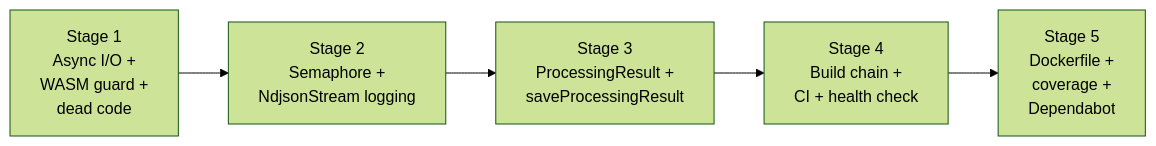
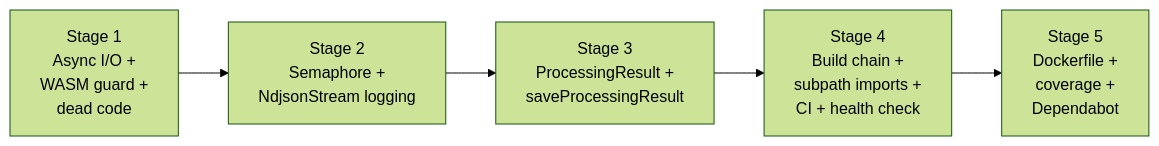
One commit to thiscantbeserious/erika changed the second of 6 diagrams in .state/harden-foundation-a1a2/ADR.md. Above: the diagram before and after it, drawn with Mermaid (forest theme). The commit also changed other lines of this file, not shown here.

````diff
--- a/.state/harden-foundation-a1a2/ADR.md
+++ b/.state/harden-foundation-a1a2/ADR.md
@@ -117,7 +119,7 @@
 ```mermaid
 flowchart LR
     S1["Stage 1<br/>Async I/O +<br/>WASM guard +<br/>dead code"] --> S2["Stage 2<br/>Semaphore +<br/>NdjsonStream logging"]
     S2 --> S3["Stage 3<br/>ProcessingResult +<br/>saveProcessingResult"]
-    S3 --> S4["Stage 4<br/>Build chain +<br/>CI + health check"]
+    S3 --> S4["Stage 4<br/>Build chain +<br/>subpath imports +<br/>CI + health check"]
     S4 --> S5["Stage 5<br/>Dockerfile +<br/>coverage +<br/>Dependabot"]
 ```
````
